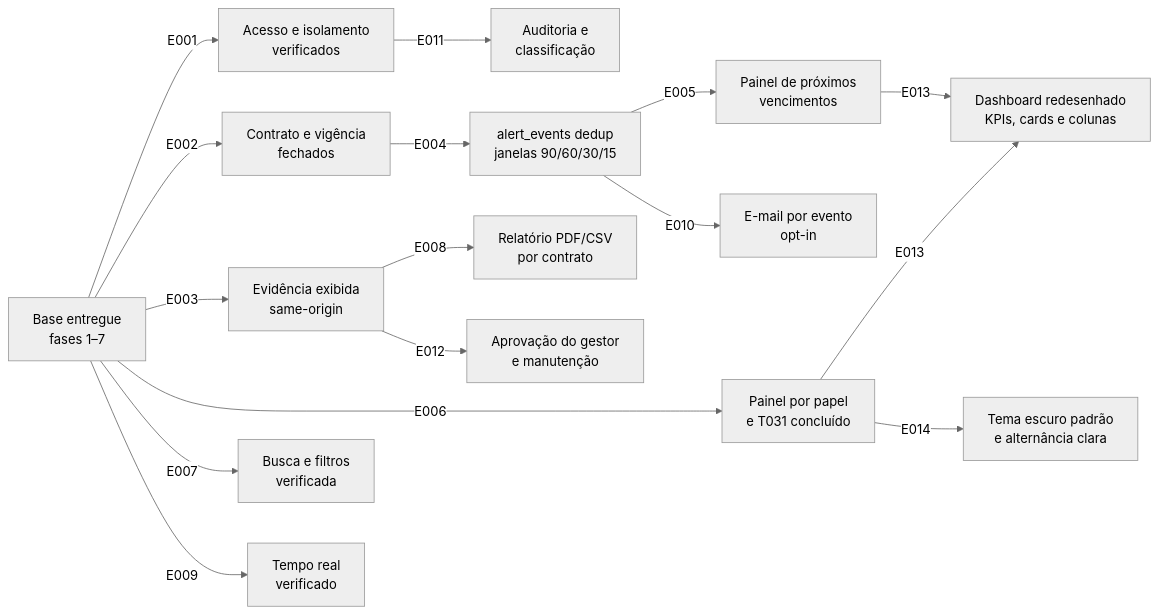
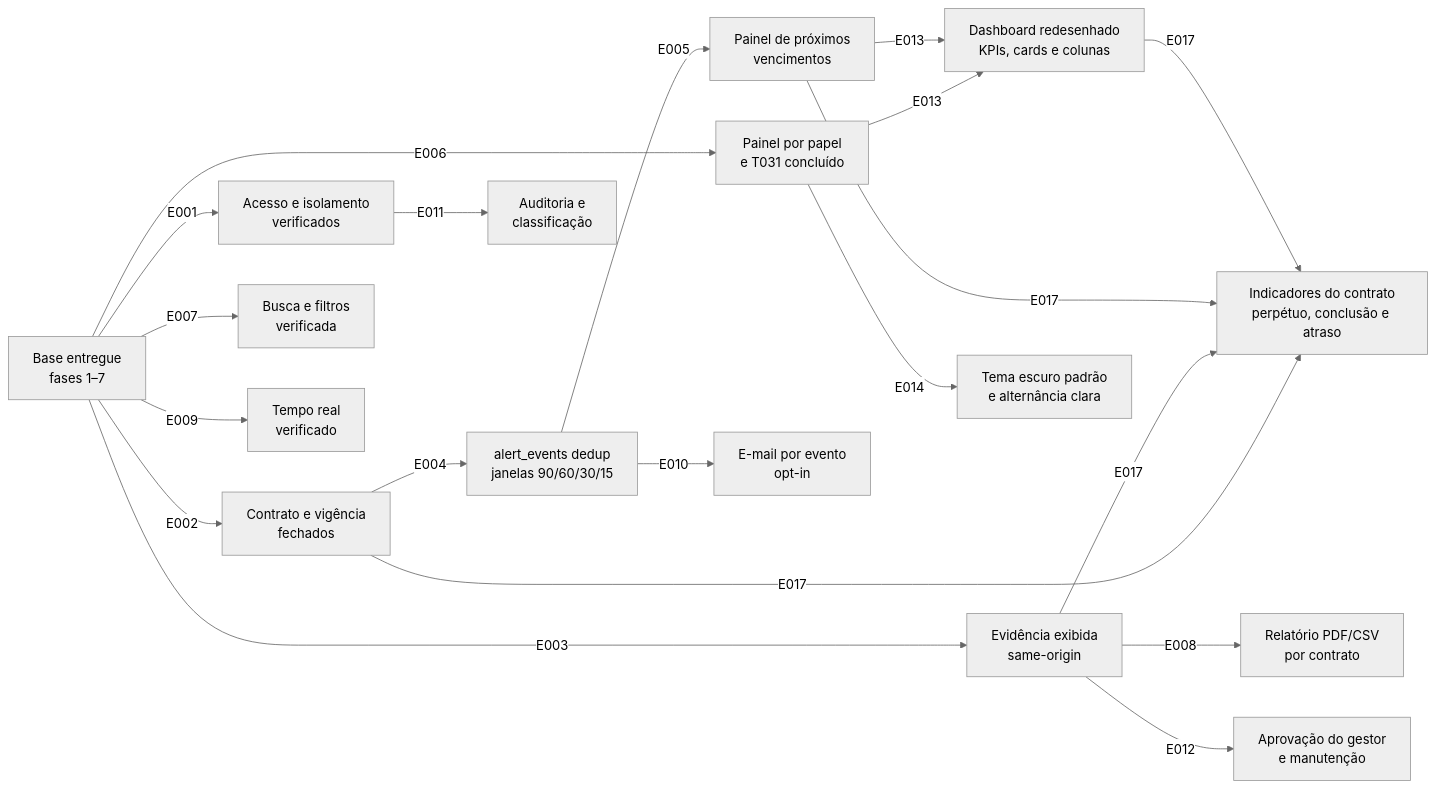
One commit to amarildolacerda/inhome changed the diagram in specs/project-plan.md. Above: the diagram before and after it, drawn with Mermaid (neutral theme). The commit also changed other lines of this file and 41 other files, not shown here.

````diff
--- a/specs/project-plan.md
+++ b/specs/project-plan.md
@@ -69,18 +75,22 @@
 ```mermaid
 graph LR
   A["Base entregue<br>fases 1–7"] -->|"E001"| B["Acesso e isolamento<br>verificados"]
   A -->|"E002"| C["Contrato e vigência<br>fechados"]
   A -->|"E003"| D["Evidência exibida<br>same-origin"]
   A -->|"E006"| E["Painel por papel<br>e T031 concluído"]
   A -->|"E007"| F["Busca e filtros<br>verificada"]
   A -->|"E009"| G["Tempo real<br>verificado"]
   C -->|"E004"| H["alert_events dedup<br>janelas 90/60/30/15"]
   D -->|"E008"| I["Relatório PDF/CSV<br>por contrato"]
   H -->|"E005"| J["Painel de próximos<br>vencimentos"]
   H -->|"E010"| K["E-mail por evento<br>opt-in"]
   D -->|"E012"| L["Aprovação do gestor<br>e manutenção"]
   B -->|"E011"| M["Auditoria e<br>classificação"]
   E -->|"E013"| N["Dashboard redesenhado<br>KPIs, cards e colunas"]
   J -->|"E013"| N
   E -->|"E014"| O["Tema escuro padrão<br>e alternância clara"]
+  C -->|"E017"| P["Indicadores do contrato<br>perpétuo, conclusão e atraso"]
+  D -->|"E017"| P
+  J -->|"E017"| P
+  N -->|"E017"| P
 ```
````
